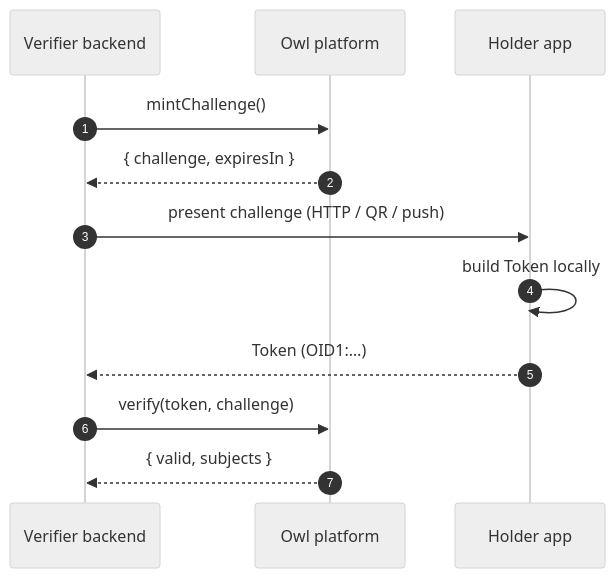
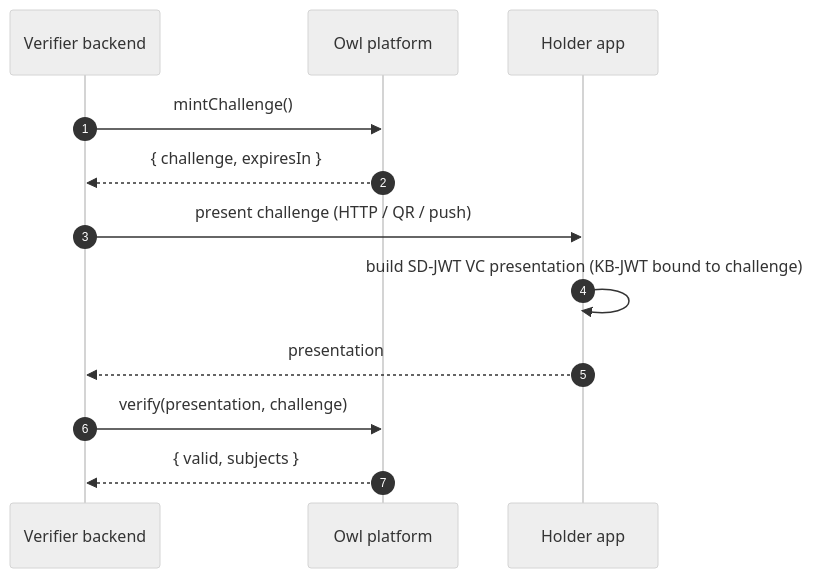
The first of 2 diagrams in packages/docs-site/docs/integration/verifier.md (TriplePlayLabs/OWLID_RELEASE), drawn with Mermaid (neutral theme) before and after one commit. The commit also changed other lines of this file and 651 other files, not shown here.

````diff
--- a/packages/docs-site/docs/integration/verifier.md
+++ b/packages/docs-site/docs/integration/verifier.md
@@ -36,15 +35,15 @@
 ```mermaid
 sequenceDiagram
     autonumber
     participant V as Verifier backend
     participant Owl as Owl platform
     participant H as Holder app
 
     V->>Owl: mintChallenge()
     Owl-->>V: { challenge, expiresIn }
     V->>H: present challenge (HTTP / QR / push)
-    H->>H: build Token locally
-    H-->>V: Token (OID1:…)
-    V->>Owl: verify(token, challenge)
+    H->>H: build SD-JWT VC presentation (KB-JWT bound to challenge)
+    H-->>V: presentation
+    V->>Owl: verify(presentation, challenge)
     Owl-->>V: { valid, subjects }
 ```
````
